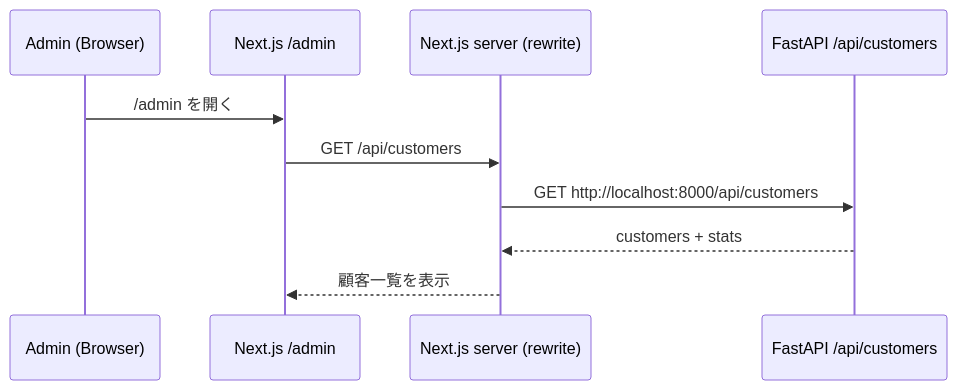
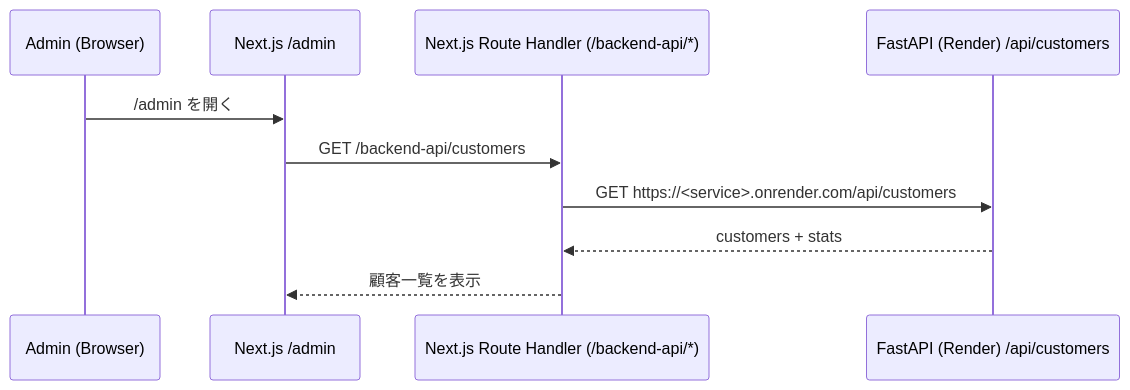
One commit to Uzy03/Hackathon_2026-3-7 changed the third of 5 diagrams in _docs/実装状況.md. Above: the diagram before and after it, drawn with Mermaid. The commit also changed other lines of this file and 1 other file, not shown here.

````diff
--- a/_docs/実装状況.md
+++ b/_docs/実装状況.md
@@ -62,13 +61,13 @@
 ```mermaid
 sequenceDiagram
   participant Admin as Admin (Browser)
   participant Page as Next.js /admin
-  participant Next as Next.js server (rewrite)
-  participant API as FastAPI /api/customers
+  participant Next as Next.js Route Handler (/backend-api/*)
+  participant API as FastAPI (Render) /api/customers
 
   Admin->>Page: /admin を開く
-  Page->>Next: GET /api/customers
-  Next->>API: GET http://localhost:8000/api/customers
+  Page->>Next: GET /backend-api/customers
+  Next->>API: GET https://<service>.onrender.com/api/customers
   API-->>Next: customers + stats
   Next-->>Page: 顧客一覧を表示
 ```
````
